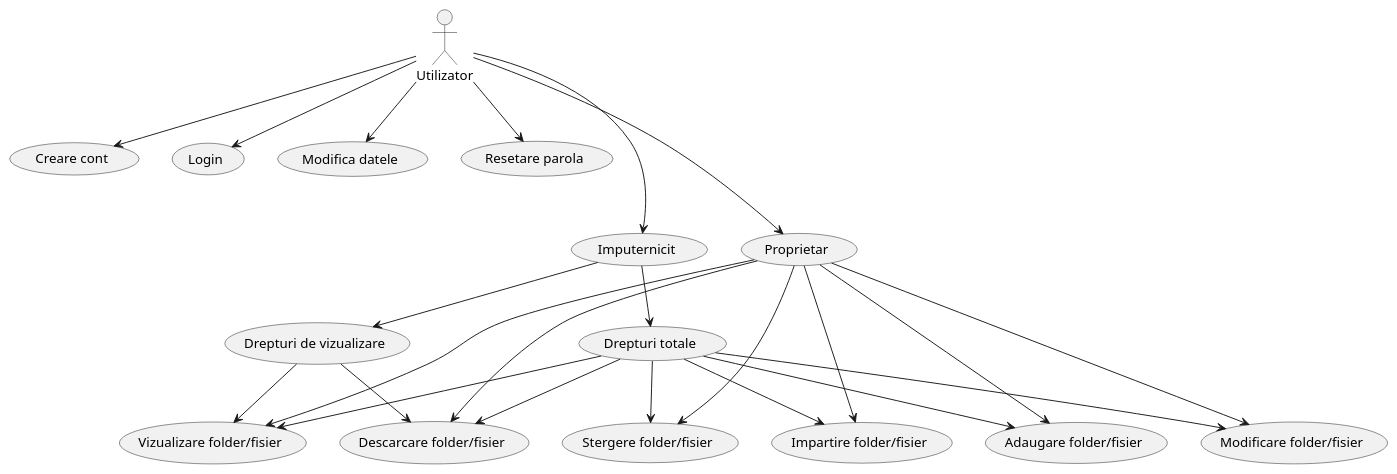
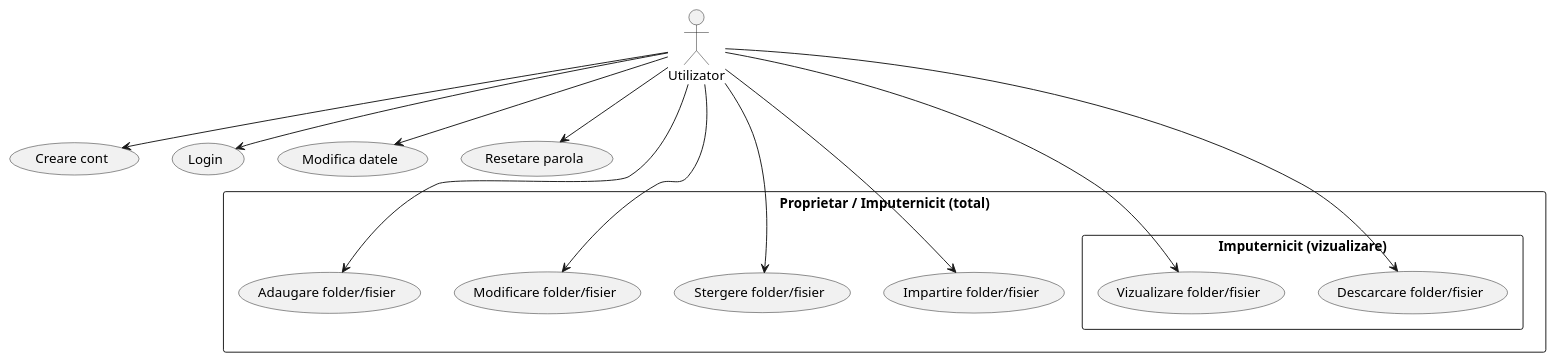
One commit to adrianvlupu/proiect-metode-devoltare-software changed the diagram in usecase.puml. Above: the diagram before and after it, drawn with PlantUML.

Commit message:
use case

```diff
--- a/usecase.puml
+++ b/usecase.puml
@@ -1,48 +1,19 @@
 @startuml
 
 Utilizator --> (Creare cont)
 Utilizator --> (Login)
 Utilizator --> (Modifica datele)
 Utilizator --> (Resetare parola)
-Utilizator ---> (Proprietar)
-Utilizator ---> (Imputernicit)
-Proprietar ---> (Adaugare folder/fisier)
-Proprietar ---> (Modificare folder/fisier)
-Proprietar ---> (Stergere folder/fisier)
-Proprietar ---> (Vizualizare folder/fisier)
-Proprietar ---> (Descarcare folder/fisier)
-Proprietar ---> (Impartire folder/fisier)
-Imputernicit --> (Drepturi totale)
-Imputernicit --> (Drepturi de vizualizare)
-(Drepturi de vizualizare) --> (Vizualizare folder/fisier)
-(Drepturi de vizualizare) --> (Descarcare folder/fisier)
-(Drepturi totale) --> (Adaugare folder/fisier)
-(Drepturi totale) --> (Modificare folder/fisier)
-(Drepturi totale) --> (Stergere folder/fisier)
-(Drepturi totale) --> (Vizualizare folder/fisier)
-(Drepturi totale) --> (Descarcare folder/fisier)
-(Drepturi totale) --> (Impartire folder/fisier)
-' actor Utilizator as u 
-' (System) as sys
 
-' u -> sys
+rectangle "Proprietar / Imputernicit (total)" as Proprietar {
+    Utilizator --> (Adaugare folder/fisier)
+    Utilizator --> (Modificare folder/fisier)
+    Utilizator --> (Stergere folder/fisier)
+    Utilizator --> (Impartire folder/fisier)
+    rectangle "Imputernicit (vizualizare)" as Imputernicit {
+        Utilizator ---> (Vizualizare folder/fisier)
+        Utilizator ---> (Descarcare folder/fisier)
+    }
+}
 
-' :Main Admin: as Admin
-' (Use the application) as (Use)
-
-' User -> (Start)
-' User --> (Use)
-
-' Admin ---> (Use)
-
-' note right of Admin : This is an example.
-
-' note right of (Use)
-'     A note can also
-'     be on several lines
-' end note
-
-' note "This note is connected\nto several objects." as N2
-' (Start) .. N2
-' N2 .. (Use)
 @enduml
```
